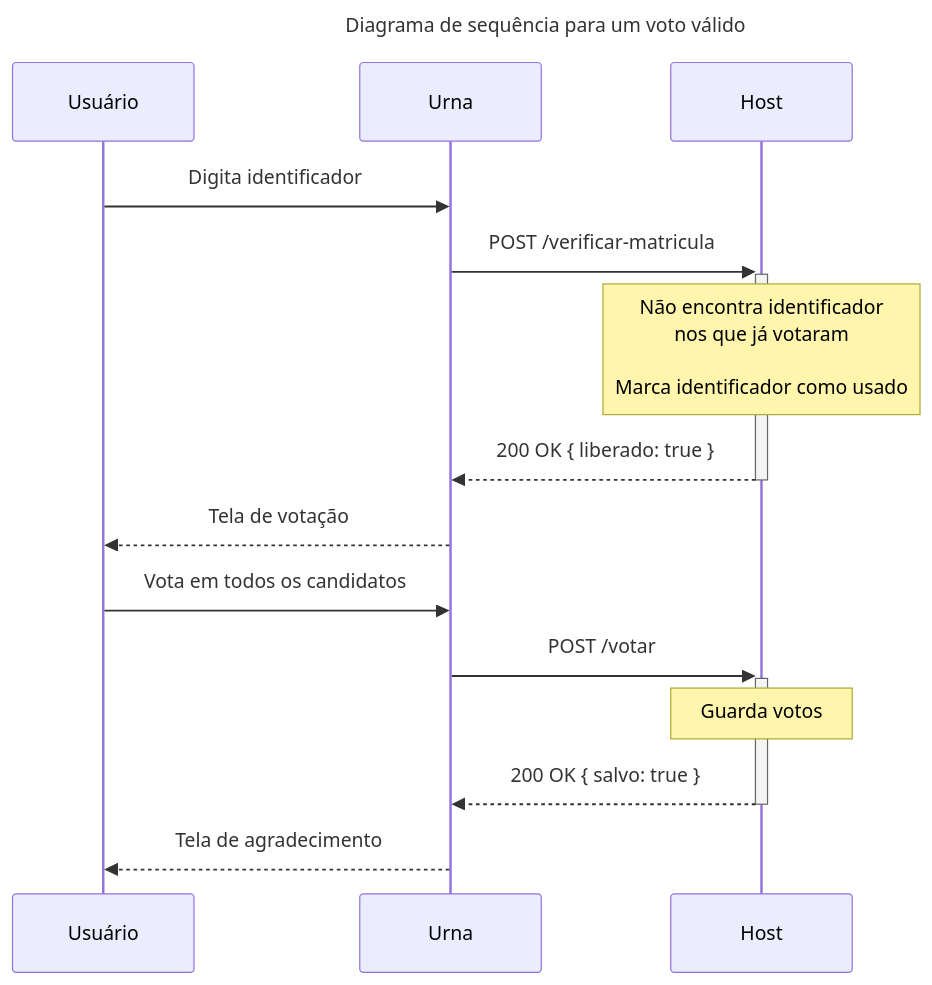
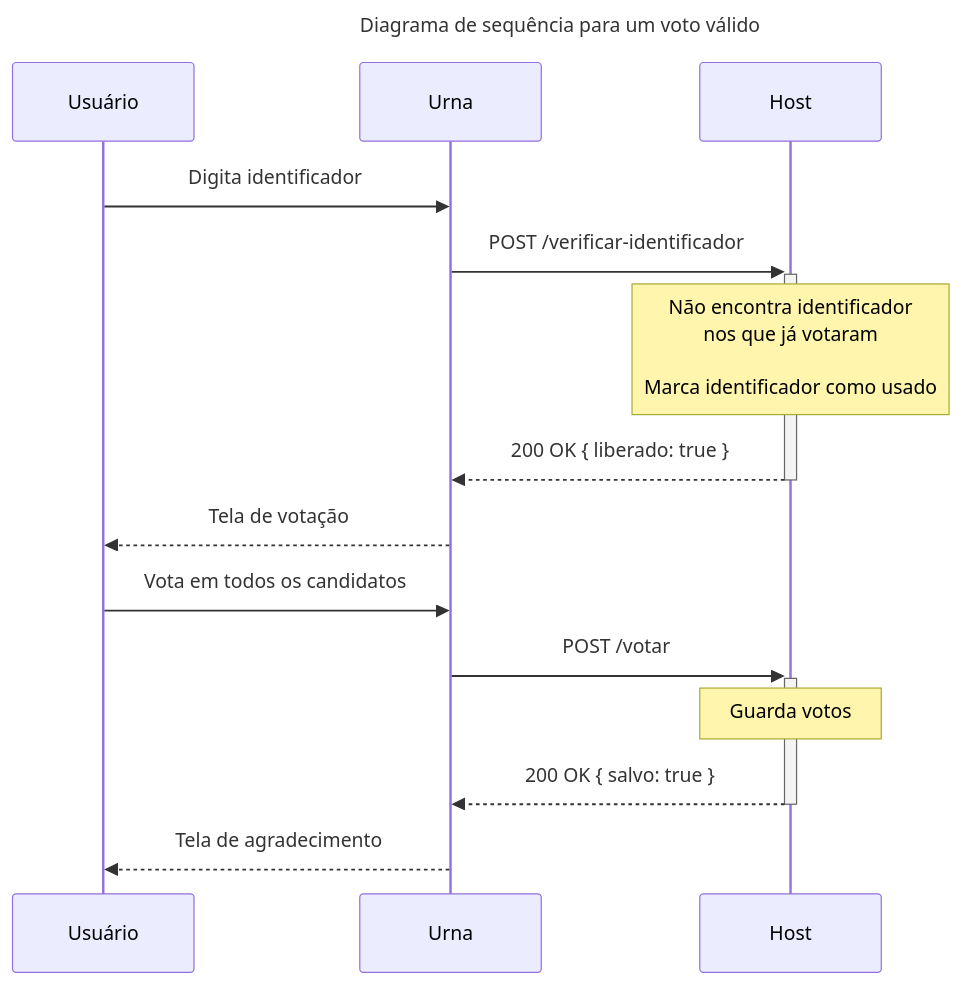
Before and after one commit to brendon-joao-dev/sistema-votacao: the diagram in docs/sequencia_voto_valido.md, drawn with Mermaid. The commit also changed 1 other file, not shown here.

Commit message:
Docs: Diagrama de sequência para um voto inválido

````diff
--- a/docs/sequencia_voto_valido.md
+++ b/docs/sequencia_voto_valido.md
@@ -1,21 +1,21 @@
 ```mermaid
 sequenceDiagram
     title Diagrama de sequência para um voto válido
 
     participant U as Usuário
     participant F as Urna
     participant H as Host
 
     U->>F: Digita identificador
-    F->>+H: POST /verificar-matricula
+    F->>+H: POST /verificar-identificador
     Note over H: Não encontra identificador<br/>nos que já votaram<br/><br/>Marca identificador como usado
     H-->>-F: 200 OK { liberado: true }
     F-->>U: Tela de votação
 
 
     U->>F: Vota em todos os candidatos
     F->>+H: POST /votar
     Note over H: Guarda votos
     H-->>-F: 200 OK { salvo: true }
     F-->>U: Tela de agradecimento
 ```
````
